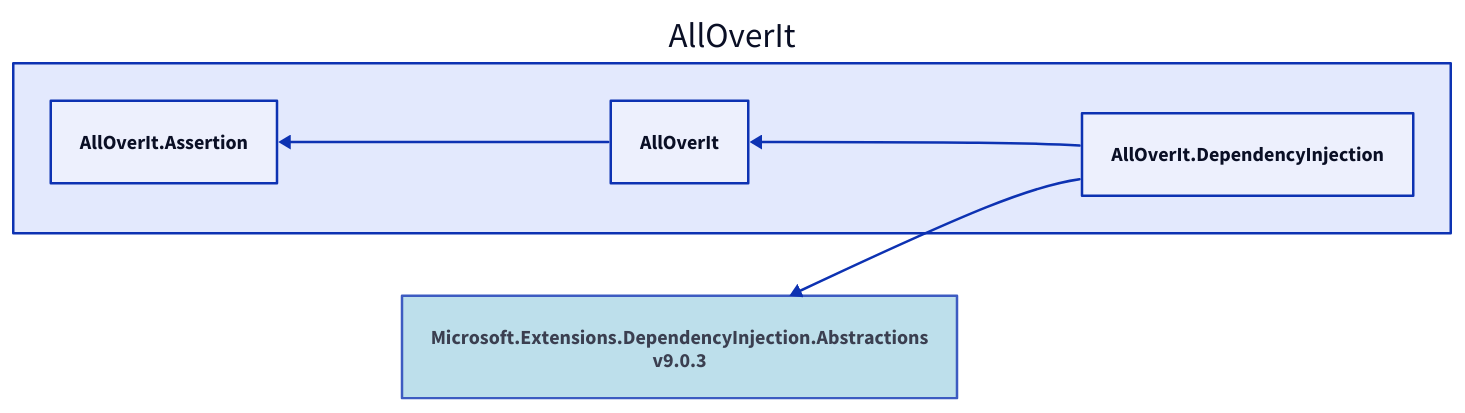
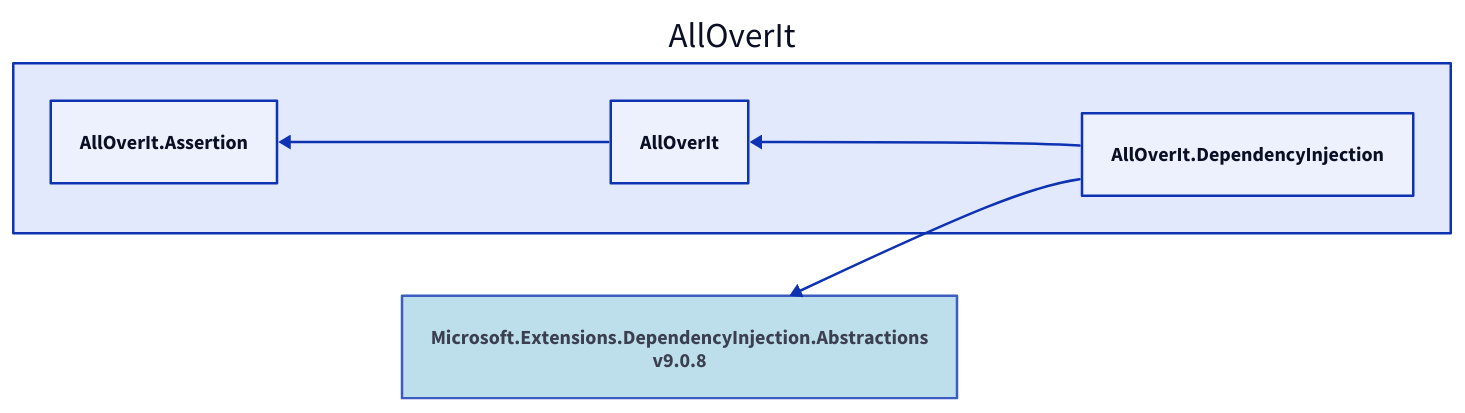
Before and after one commit to mjfreelancing/AllOverIt: the diagram in Docs/Reference/Content/images/dependencies/net8.0/alloverit-dependencyinjection.d2, drawn with D2. The commit also changed 106 other files, not shown here.

Commit message:
v8.2.1 - Update packages and diagrams (#145)

```diff
--- a/Docs/Reference/Content/images/dependencies/net8.0/alloverit-dependencyinjection.d2
+++ b/Docs/Reference/Content/images/dependencies/net8.0/alloverit-dependencyinjection.d2
@@ -1,12 +1,12 @@
 direction: left
 
 aoi: AllOverIt
 aoi.alloverit-dependencyinjection: AllOverIt.DependencyInjection
-microsoft-extensions-dependencyinjection-abstractions_9-0-3: Microsoft.Extensions.DependencyInjection.Abstractions\nv9.0.3
-microsoft-extensions-dependencyinjection-abstractions_9-0-3.style.fill: "#ADD8E6"
-microsoft-extensions-dependencyinjection-abstractions_9-0-3.style.opacity: 0.8
-microsoft-extensions-dependencyinjection-abstractions_9-0-3 <- aoi.alloverit-dependencyinjection
+microsoft-extensions-dependencyinjection-abstractions_9-0-8: Microsoft.Extensions.DependencyInjection.Abstractions\nv9.0.8
+microsoft-extensions-dependencyinjection-abstractions_9-0-8.style.fill: "#ADD8E6"
+microsoft-extensions-dependencyinjection-abstractions_9-0-8.style.opacity: 0.8
+microsoft-extensions-dependencyinjection-abstractions_9-0-8 <- aoi.alloverit-dependencyinjection
 aoi.alloverit: AllOverIt
 aoi.alloverit-assertion: AllOverIt.Assertion
 aoi.alloverit-assertion <- aoi.alloverit
 aoi.alloverit <- aoi.alloverit-dependencyinjection
```
